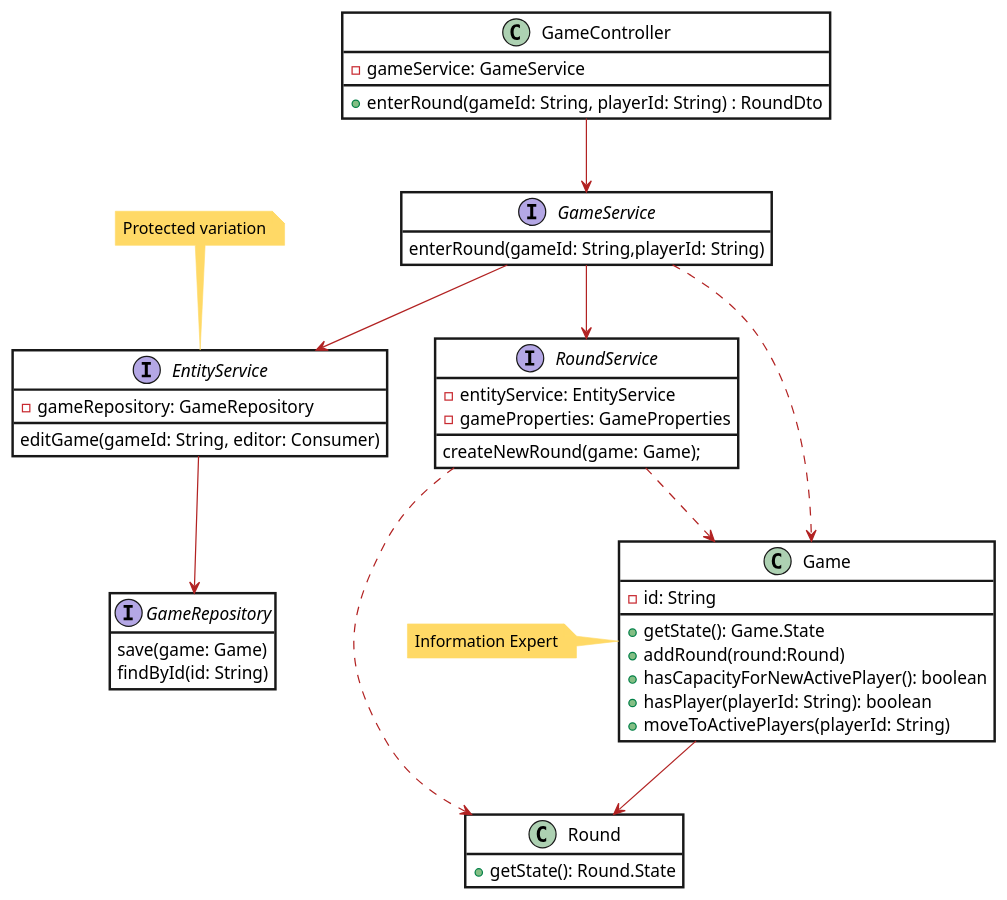
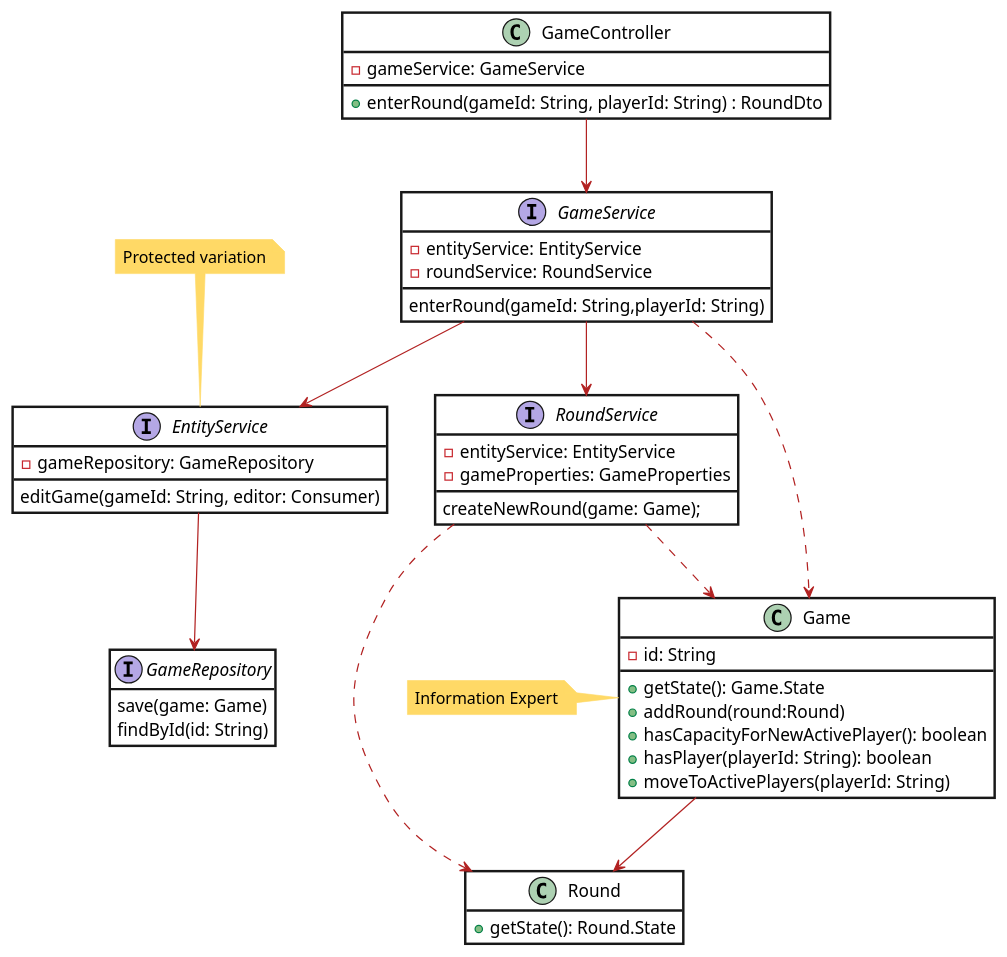
The diagram in docs/diagrams/DCD_start_new_round.plantuml (patrickwinti/worldwidewalter), drawn with PlantUML before and after one commit. The commit also changed 3 other files, not shown here.

Commit message:
[WWW-59] fixes uml

```diff
--- a/docs/diagrams/DCD_start_new_round.plantuml
+++ b/docs/diagrams/DCD_start_new_round.plantuml
@@ -1,56 +1,58 @@
 @startuml
 skinparam class {
     BackgroundColor white
     ArrowColor Firebrick
     BorderThickness 2
 }
 skinparam Note{
     BorderColor #FFD966
     BackgroundColor #FFD966
 }
 skinparam roundcorner 0
 skinparam packagestyle Frame
 hide empty members
 
 class GameController {
    -gameService: GameService
    +enterRound(gameId: String, playerId: String) : RoundDto
 }
 class Game {
    -id: String
    +getState(): Game.State
    +addRound(round:Round)
    +hasCapacityForNewActivePlayer(): boolean
    +hasPlayer(playerId: String): boolean
    +moveToActivePlayers(playerId: String)
 }
 class Round {
    +getState(): Round.State
 }
 interface EntityService {
    -gameRepository: GameRepository
    editGame(gameId: String, editor: Consumer)
 }
 interface RoundService{
    -entityService: EntityService
    -gameProperties: GameProperties
    createNewRound(game: Game);
 }
 interface GameService{
+   -entityService: EntityService
+   -roundService: RoundService
    enterRound(gameId: String,playerId: String)
 }
 interface GameRepository {
    save(game: Game)
    findById(id: String)
 }
 note left of Game: Information Expert
 note top of EntityService: Protected variation
 GameController-->GameService
 GameService ..> Game
 Game --> Round
 RoundService ..> Round
 RoundService ..> Game
 GameService --> EntityService
 GameService --> RoundService
 EntityService --> GameRepository
 @enduml
```
